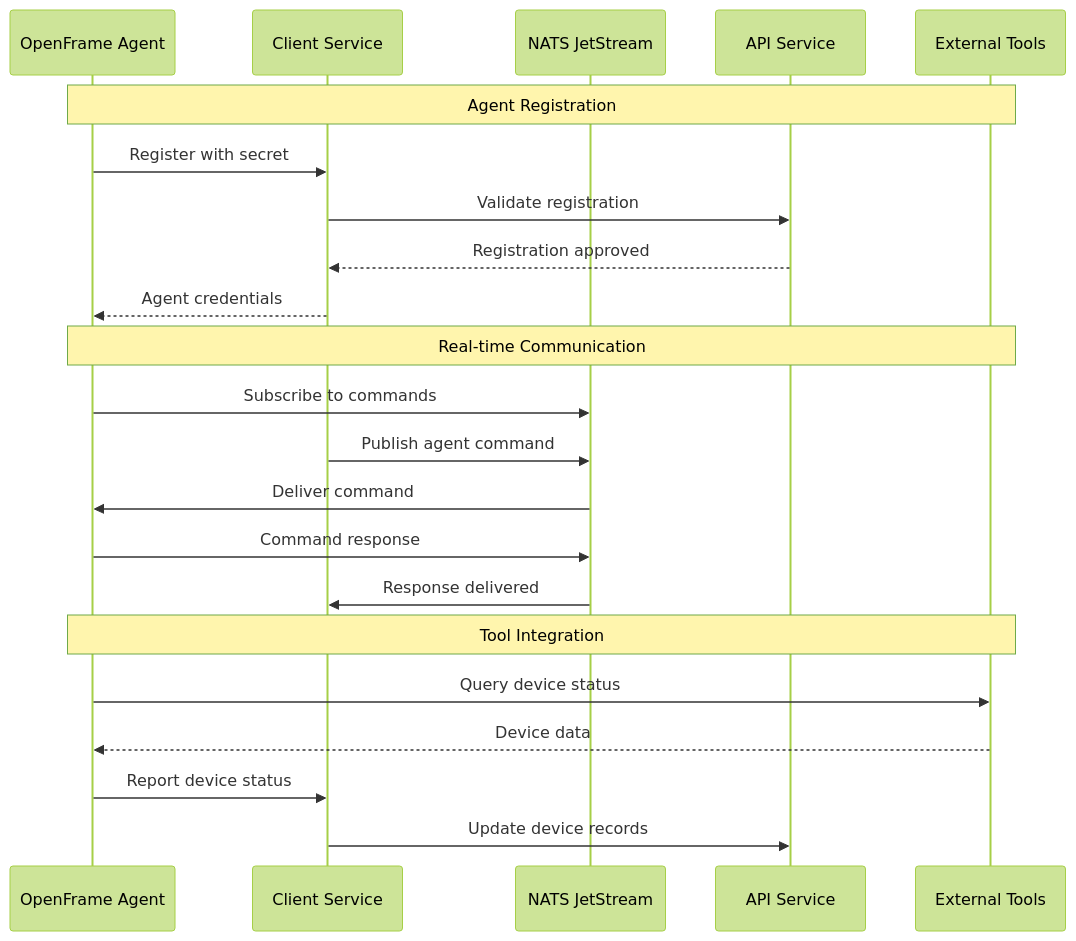
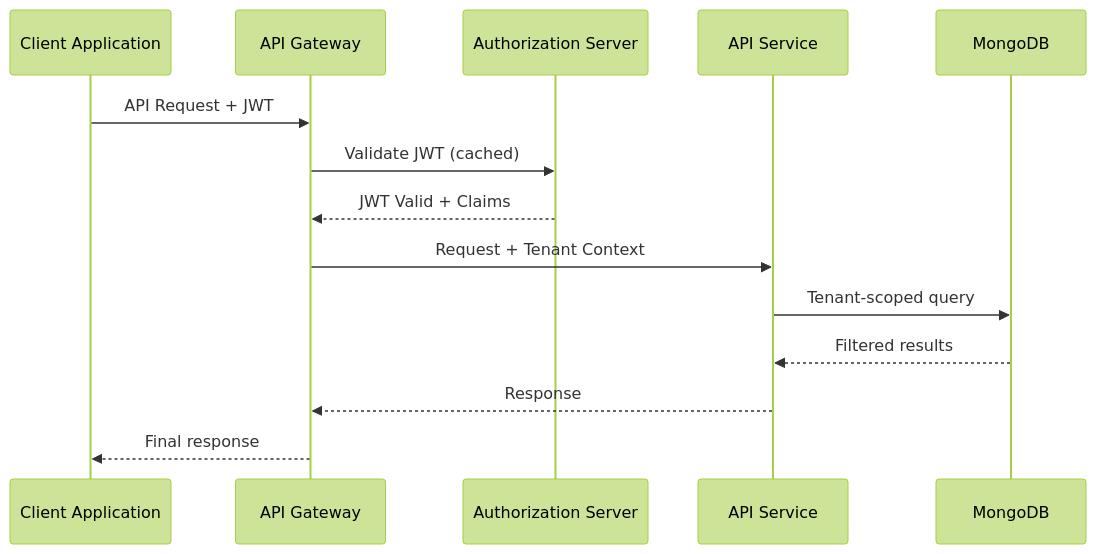
The ninth of 10 diagrams in docs/development/architecture/README.md (flamingo-stack/openframe-oss-lib), drawn with Mermaid (forest theme) before and after one commit. The commit also changed other lines of this file and 172 other files, not shown here.

````diff
--- a/docs/development/architecture/README.md
+++ b/docs/development/architecture/README.md
@@ -448,27 +416,17 @@
 ```mermaid
 sequenceDiagram
-    participant Agent as OpenFrame Agent
-    participant ClientService as Client Service
-    participant NATS as NATS JetStream
-    participant API as API Service
-    participant Tools as External Tools
+    participant Client as Client Application
+    participant Gateway as API Gateway
+    participant AuthSrv as Authorization Server
+    participant APIService as API Service
+    participant MongoDB as MongoDB
 
-    Note over Agent, Tools: Agent Registration
-    Agent->>ClientService: Register with secret
-    ClientService->>API: Validate registration
-    API-->>ClientService: Registration approved
-    ClientService-->>Agent: Agent credentials
-
-    Note over Agent, Tools: Real-time Communication  
-    Agent->>NATS: Subscribe to commands
-    ClientService->>NATS: Publish agent command
-    NATS->>Agent: Deliver command
-    Agent->>NATS: Command response
-    NATS->>ClientService: Response delivered
-
-    Note over Agent, Tools: Tool Integration
-    Agent->>Tools: Query device status
-    Tools-->>Agent: Device data
-    Agent->>ClientService: Report device status
-    ClientService->>API: Update device records
+    Client->>Gateway: API Request + JWT
+    Gateway->>AuthSrv: Validate JWT (cached)
+    AuthSrv-->>Gateway: JWT Valid + Claims
+    Gateway->>APIService: Request + Tenant Context
+    APIService->>MongoDB: Tenant-scoped query
+    MongoDB-->>APIService: Filtered results
+    APIService-->>Gateway: Response
+    Gateway-->>Client: Final response
 ```
````
